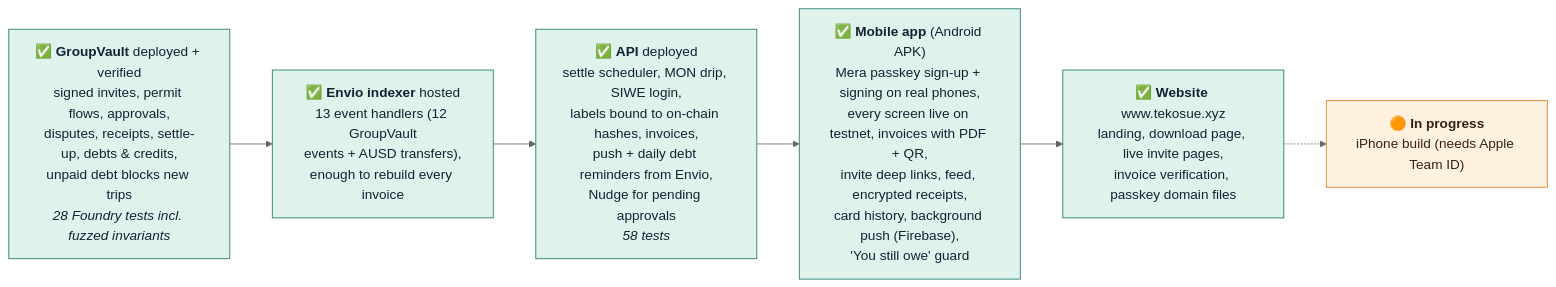
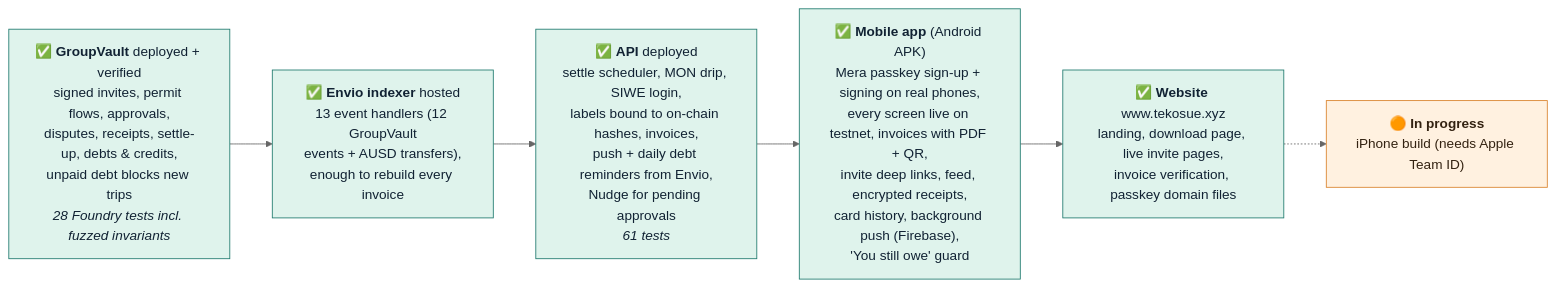
The eighth of 13 diagrams in README.md (sewunodetech/tekosue), drawn with Mermaid (neutral theme) before and after one commit.

Commit message:
docs(readme): api has 61 tests

````diff
--- a/README.md
+++ b/README.md
@@ -265,14 +265,14 @@
 ```mermaid
 flowchart LR
     classDef done fill:#dff3ec,stroke:#1f7a6e,color:#123
     classDef wip fill:#fff1e0,stroke:#d9822b,color:#321
 
     C["✅ <b>GroupVault</b> deployed + verified<br/>signed invites, permit flows, approvals,<br/>disputes, receipts, settle-up, debts & credits,<br/>unpaid debt blocks new trips<br/><i>28 Foundry tests incl. fuzzed invariants</i>"]:::done
     I["✅ <b>Envio indexer</b> hosted<br/>13 event handlers (12 GroupVault<br/>events + AUSD transfers),<br/>enough to rebuild every invoice"]:::done
-    A["✅ <b>API</b> deployed<br/>settle scheduler, MON drip, SIWE login,<br/>labels bound to on-chain hashes, invoices,<br/>push + daily debt reminders from Envio,<br/>Nudge for pending approvals<br/><i>58 tests</i>"]:::done
+    A["✅ <b>API</b> deployed<br/>settle scheduler, MON drip, SIWE login,<br/>labels bound to on-chain hashes, invoices,<br/>push + daily debt reminders from Envio,<br/>Nudge for pending approvals<br/><i>61 tests</i>"]:::done
     M["✅ <b>Mobile app</b> (Android APK)<br/>Mera passkey sign-up + signing on real phones,<br/>every screen live on testnet, invoices with PDF + QR,<br/>invite deep links, feed, encrypted receipts,<br/>card history, background push (Firebase),<br/>'You still owe' guard"]:::done
     W["✅ <b>Website</b> www.tekosue.xyz<br/>landing, download page, live invite pages,<br/>invoice verification, passkey domain files"]:::done
     P["🟠 <b>In progress</b><br/>iPhone build (needs Apple Team ID)"]:::wip
 
     C --> I --> A --> M --> W -.-> P
 ```
````
